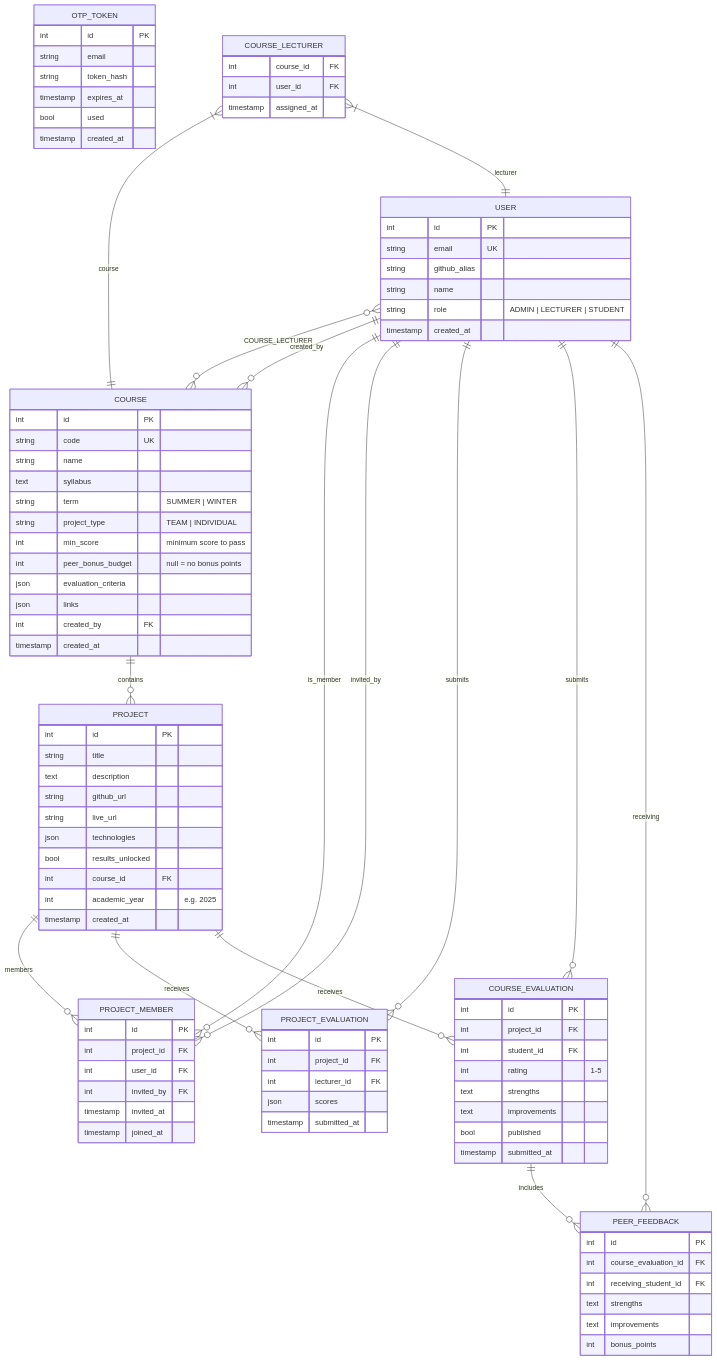
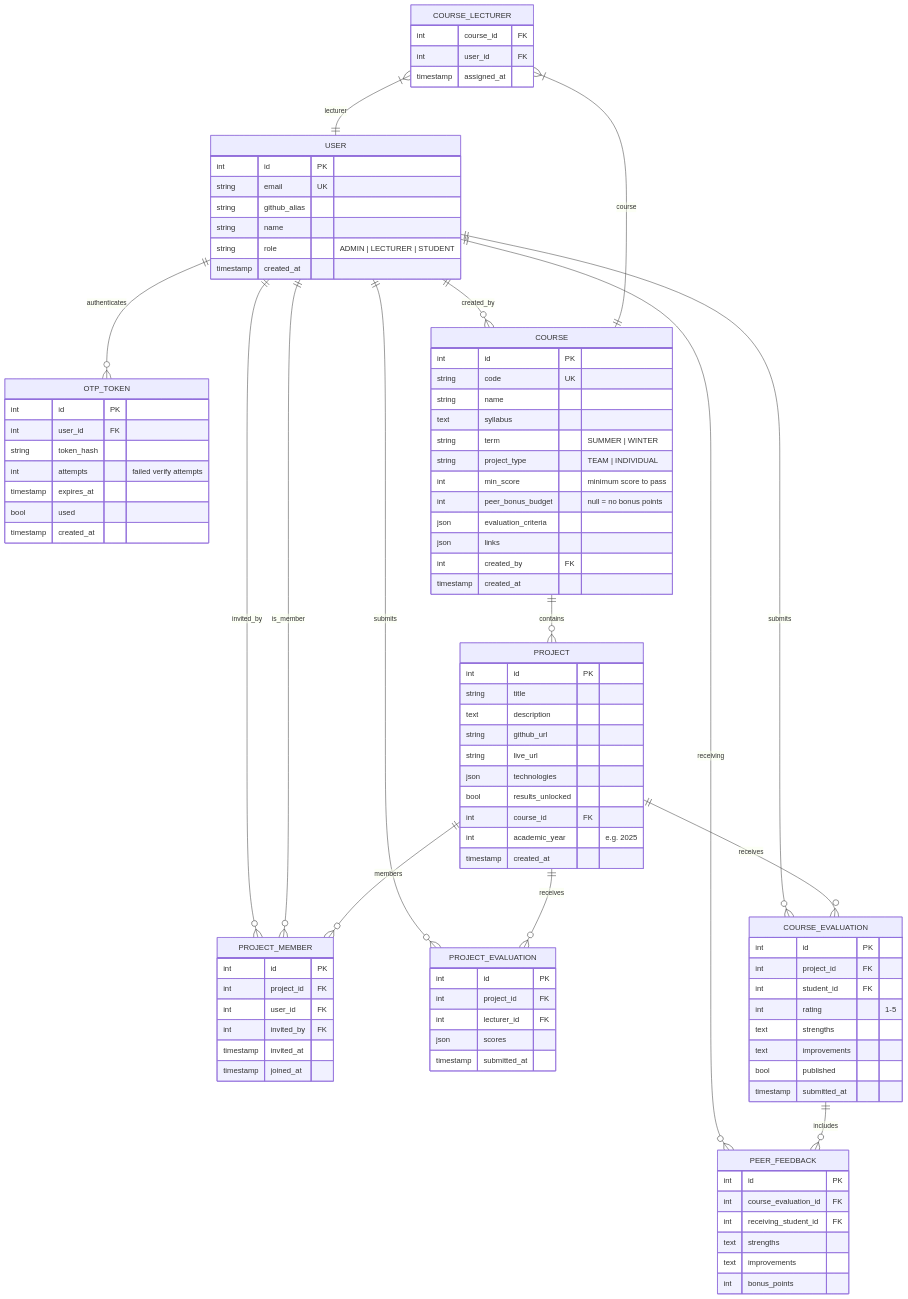
The second of 6 diagrams in docs/DESIGN.md (ljezek/tul-psi), drawn with Mermaid before and after one commit. The commit also changed other lines of this file, not shown here.

```diff
--- a/docs/DESIGN.md
+++ b/docs/DESIGN.md
@@ -51,8 +51,9 @@
     }
     OTP_TOKEN {
         int id PK
-        string email
+        int user_id FK
         string token_hash
+        int attempts "failed verify attempts"
         timestamp expires_at
         bool used
         timestamp created_at
@@ -123,9 +124,9 @@
         timestamp assigned_at
     }
 
-    USER }o--o{ COURSE : "COURSE_LECTURER"
     COURSE_LECTURER }|--|| COURSE : "course"
     COURSE_LECTURER }|--|| USER : "lecturer"
+    USER ||--o{ OTP_TOKEN : "authenticates"
     USER ||--o{ COURSE : "created_by"
     COURSE ||--o{ PROJECT : "contains"
     PROJECT ||--o{ PROJECT_MEMBER : "members"
```
